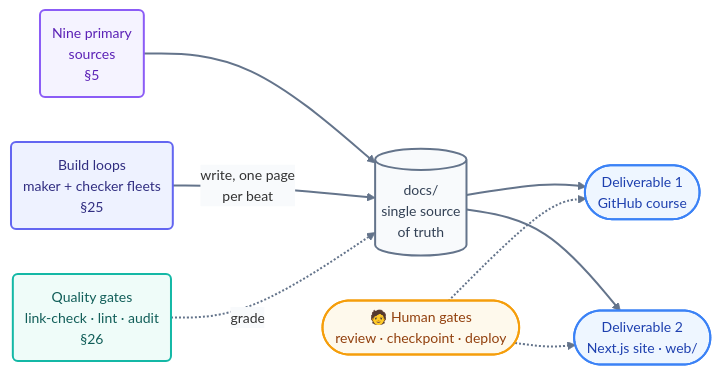
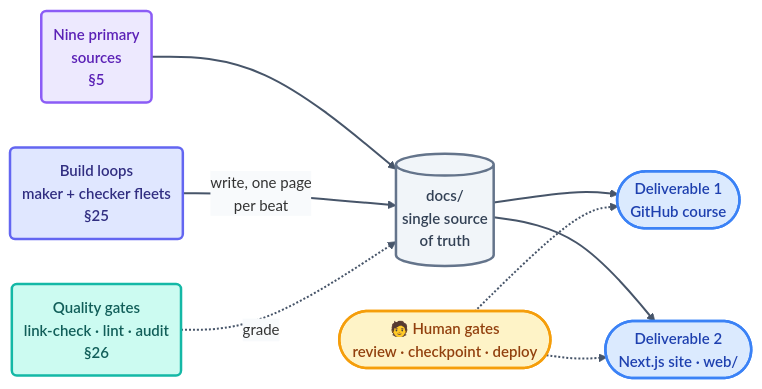
Before and after one commit to ayeshakhalid192007-dev/LoopEngineering-CrashCourse: the diagram in loop-plan.md, drawn with Mermaid. The commit also changed 66 other files, not shown here.

First line of the commit message:
docs(diagrams): visibly bolder pass — deeper fills, heavier strokes, semibold labels

````diff
--- a/loop-plan.md
+++ b/loop-plan.md
@@ -17,18 +17,18 @@
 ```mermaid
-%%{init: {'theme':'base','themeVariables':{'fontFamily':'ui-sans-serif, system-ui, sans-serif','fontSize':'14px','lineColor':'#64748b','edgeLabelBackground':'#f8fafc'},'flowchart':{'curve':'basis','nodeSpacing':45,'rankSpacing':55,'padding':12}}}%%
+%%{init: {'theme':'base','themeVariables':{'fontFamily':'ui-sans-serif, system-ui, sans-serif','fontSize':'15px','lineColor':'#475569','edgeLabelBackground':'#f8fafc'},'flowchart':{'curve':'basis','nodeSpacing':45,'rankSpacing':55,'padding':12}}}%%
 flowchart LR
     SRC("Nine primary<br/>sources<br/>§5"):::cfg --> DOCS[("docs/<br/>single source<br/>of truth")]:::file
     LOOPS("Build loops<br/>maker + checker fleets<br/>§25"):::maker -->|write, one page<br/>per beat| DOCS
     DOCS --> GH(["Deliverable 1<br/>GitHub course"]):::surface
     DOCS --> WEB(["Deliverable 2<br/>Next.js site · web/"]):::surface
     GATES("Quality gates<br/>link-check · lint · audit<br/>§26"):::check -.->|grade| DOCS
     H(["🧑 Human gates<br/>review · checkpoint · deploy"]):::human -.-> GH
     H -.-> WEB
-    linkStyle default stroke:#64748b,stroke-width:2px;
-    classDef cfg fill:#f5f3ff,stroke:#8b5cf6,stroke-width:2px,color:#5b21b6;
-    classDef maker fill:#eef2ff,stroke:#6366f1,stroke-width:2px,color:#312e81;
-    classDef check fill:#effcf9,stroke:#14b8a6,stroke-width:2px,color:#115e59;
-    classDef file fill:#f8fafc,stroke:#64748b,stroke-width:2px,color:#334155;
-    classDef surface fill:#eef6ff,stroke:#3b82f6,stroke-width:2px,color:#1e40af;
-    classDef human fill:#fef9ec,stroke:#f59e0b,stroke-width:2px,color:#92400e;
+    linkStyle default stroke:#475569,stroke-width:2px;
+    classDef cfg fill:#ede9fe,stroke:#8b5cf6,stroke-width:2.5px,color:#5b21b6,font-weight:600;
+    classDef maker fill:#e0e7ff,stroke:#6366f1,stroke-width:2.5px,color:#312e81,font-weight:600;
+    classDef check fill:#ccfbf1,stroke:#14b8a6,stroke-width:2.5px,color:#115e59,font-weight:600;
+    classDef file fill:#f1f5f9,stroke:#64748b,stroke-width:2.5px,color:#334155,font-weight:600;
+    classDef surface fill:#dbeafe,stroke:#3b82f6,stroke-width:2.5px,color:#1e40af,font-weight:600;
+    classDef human fill:#fef3c7,stroke:#f59e0b,stroke-width:2.5px,color:#92400e,font-weight:600;
 ```
````
